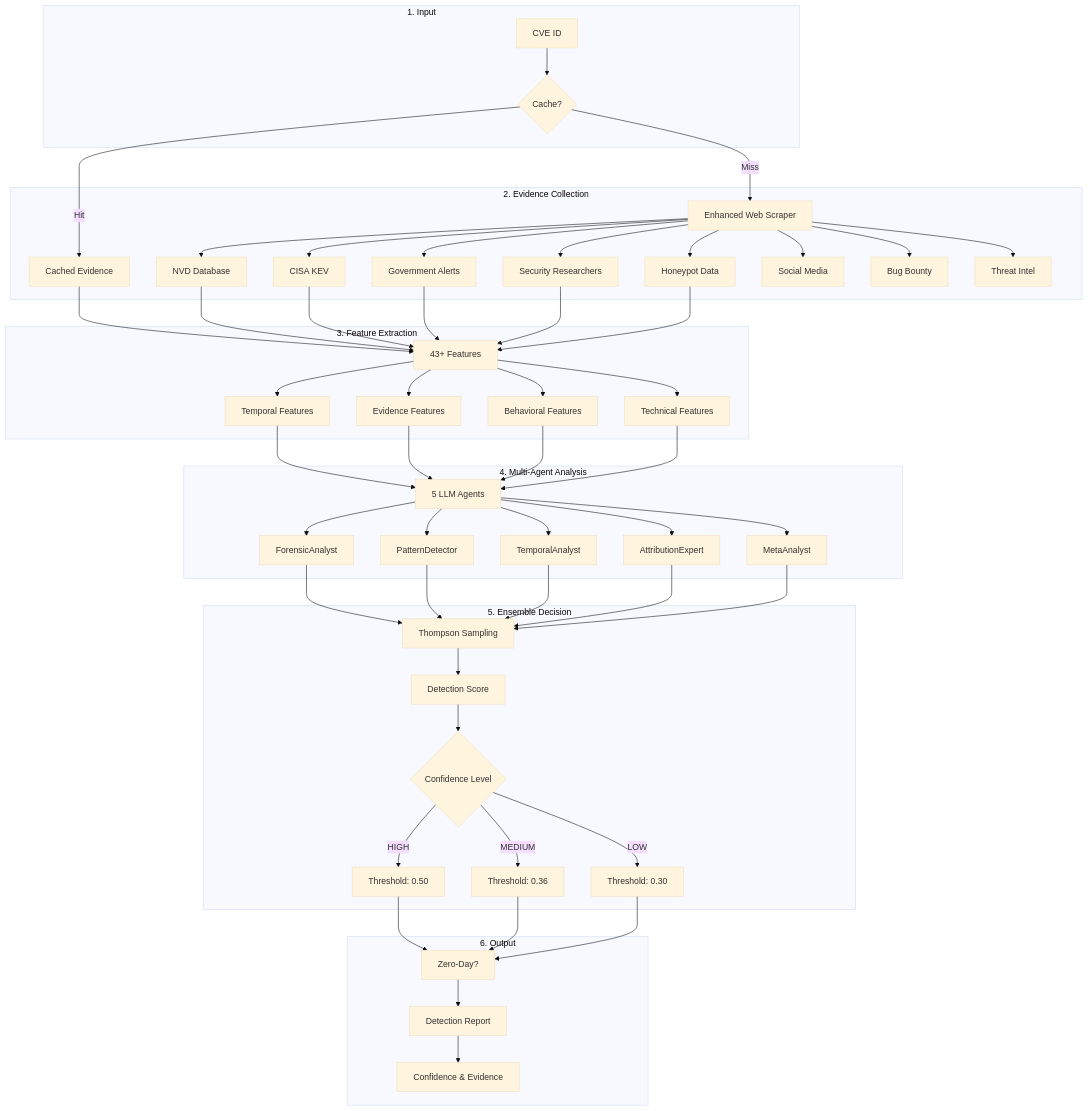
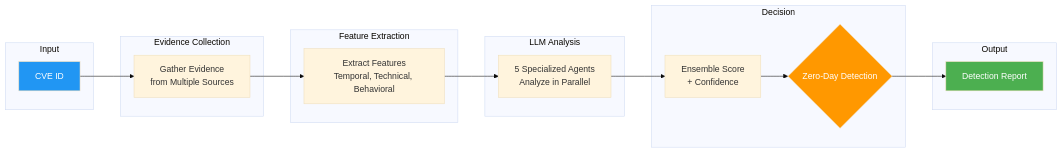
The second of 2 diagrams in README.md (lodetomasi/zero-day-llm-ensemble), drawn with Mermaid (base theme) before and after one commit. The commit also changed other lines of this file and 1 other file, not shown here.

````diff
--- a/README.md
+++ b/README.md
@@ -323,71 +263,31 @@
 ```mermaid
-graph TD
-    subgraph "1. Input"
-        CVE[CVE ID] --> CHECK{Cache?}
+graph LR
+    subgraph "Input"
+        CVE[CVE ID]
     end
     
-    subgraph "2. Evidence Collection"
-        CHECK -->|Miss| SCRAPER[Enhanced Web Scraper]
-        CHECK -->|Hit| CACHED[Cached Evidence]
-        
-        SCRAPER --> NVD[NVD Database]
-        SCRAPER --> CISA[CISA KEV]
-        SCRAPER --> GOV[Government Alerts]
-        SCRAPER --> SEC[Security Researchers]
-        SCRAPER --> HONEY[Honeypot Data]
-        SCRAPER --> SOCIAL[Social Media]
-        SCRAPER --> BUG[Bug Bounty]
-        SCRAPER --> THREAT[Threat Intel]
+    subgraph "Evidence Collection"
+        CVE --> COLLECT[Gather Evidence<br/>from Multiple Sources]
     end
     
-    subgraph "3. Feature Extraction"
-        CACHED --> FEATURES[43+ Features]
-        NVD --> FEATURES
-        CISA --> FEATURES
-        GOV --> FEATURES
-        SEC --> FEATURES
-        HONEY --> FEATURES
-        
-        FEATURES --> TEMPORAL[Temporal Features]
-        FEATURES --> EVIDENCE[Evidence Features]
-        FEATURES --> BEHAVIORAL[Behavioral Features]
-        FEATURES --> TECHNICAL[Technical Features]
+    subgraph "Feature Extraction"
+        COLLECT --> FEATURES[Extract Features<br/>Temporal, Technical, Behavioral]
     end
     
-    subgraph "4. Multi-Agent Analysis"
-        TEMPORAL --> AGENTS[5 LLM Agents]
-        EVIDENCE --> AGENTS
-        BEHAVIORAL --> AGENTS
-        TECHNICAL --> AGENTS
-        
-        AGENTS --> FA[ForensicAnalyst]
-        AGENTS --> PD[PatternDetector]
-        AGENTS --> TA[TemporalAnalyst]
-        AGENTS --> AE[AttributionExpert]
-        AGENTS --> MA[MetaAnalyst]
+    subgraph "LLM Analysis"
+        FEATURES --> AGENTS[5 Specialized Agents<br/>Analyze in Parallel]
     end
     
-    subgraph "5. Ensemble Decision"
-        FA --> ENSEMBLE[Thompson Sampling]
-        PD --> ENSEMBLE
-        TA --> ENSEMBLE
-        AE --> ENSEMBLE
-        MA --> ENSEMBLE
-        
-        ENSEMBLE --> SCORE[Detection Score]
-        SCORE --> CONF{Confidence Level}
-        
-        CONF -->|HIGH| TH1[Threshold: 0.50]
-        CONF -->|MEDIUM| TH2[Threshold: 0.36]
-        CONF -->|LOW| TH3[Threshold: 0.30]
+    subgraph "Decision"
+        AGENTS --> ENSEMBLE[Ensemble Score<br/>+ Confidence]
+        ENSEMBLE --> DECISION{Zero-Day Detection}
     end
     
-    subgraph "6. Output"
-        TH1 --> DECISION[Zero-Day?]
-        TH2 --> DECISION
-        TH3 --> DECISION
-        
+    subgraph "Output"
         DECISION --> REPORT[Detection Report]
-        REPORT --> METRICS[Confidence & Evidence]
     end
+    
+    style CVE fill:#2196F3,color:#fff
+    style DECISION fill:#FF9800,color:#fff
+    style REPORT fill:#4CAF50,color:#fff
 ```
````
